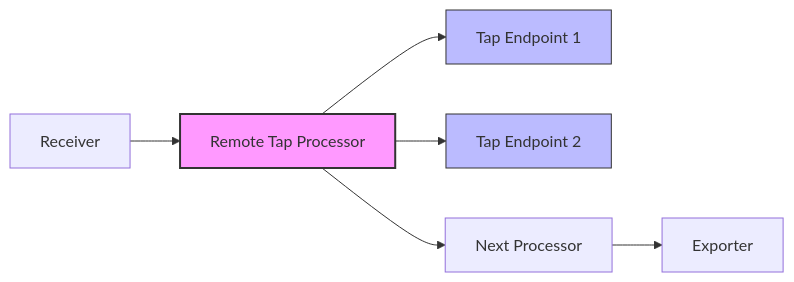
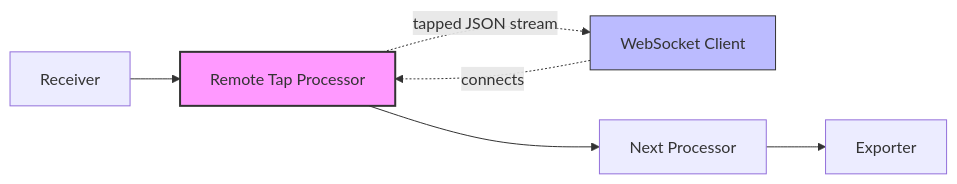
One commit to OneUptime/blog changed the diagram in posts/2026-02-06-remote-tap-processor-opentelemetry-collector/README.md. Above: the diagram before and after it, drawn with Mermaid. The commit also changed other lines of this file and 2 other files, not shown here.

Commit message:
validate: 2026-02-06-remote-tap-processor-opentelemetry-collector

````diff
--- a/posts/2026-02-06-remote-tap-processor-opentelemetry-collector/README.md
+++ b/posts/2026-02-06-remote-tap-processor-opentelemetry-collector/README.md
@@ -21,12 +21,11 @@
 ```mermaid
 graph LR
     A[Receiver] --> B[Remote Tap Processor]
-    B --> C[Tap Endpoint 1]
-    B --> D[Tap Endpoint 2]
+    G[WebSocket Client] -. connects .-> B
+    B -. tapped JSON stream .-> G
     B --> E[Next Processor]
     E --> F[Exporter]
 
     style B fill:#f9f,stroke:#333,stroke-width:2px
-    style C fill:#bbf,stroke:#333,stroke-width:1px
-    style D fill:#bbf,stroke:#333,stroke-width:1px
+    style G fill:#bbf,stroke:#333,stroke-width:1px
 ```
````
